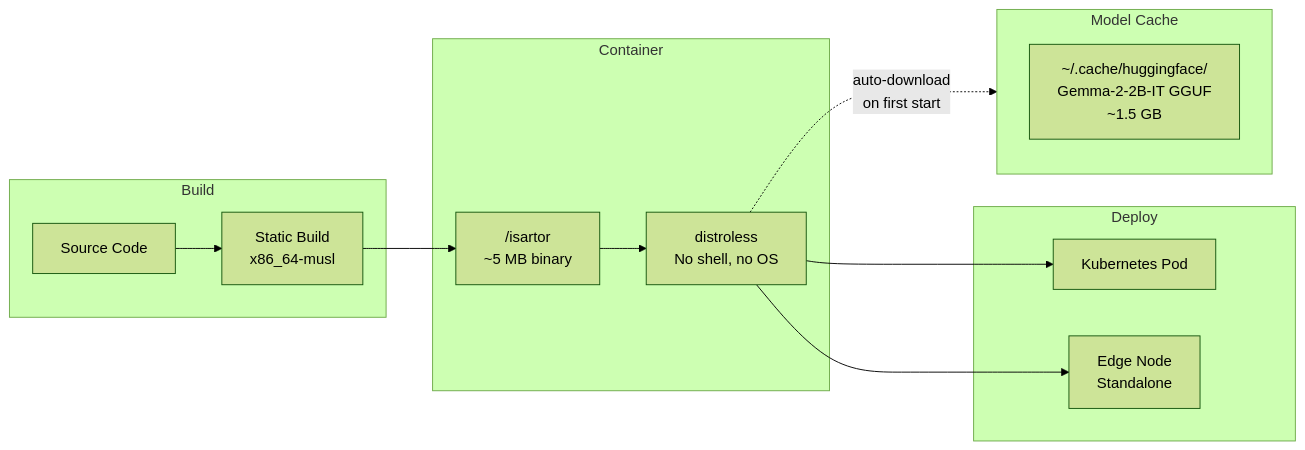
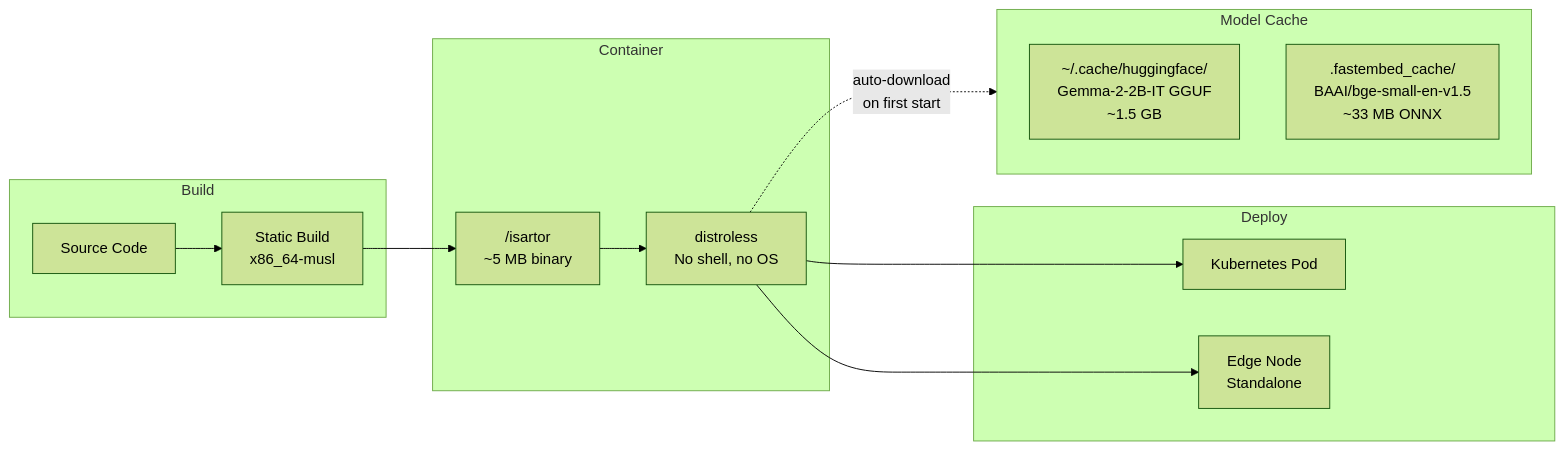
One commit to mattmillartech/Isartor changed the fourth of 4 diagrams in architecture.md. Above: the diagram before and after it, drawn with Mermaid (forest theme). The commit also changed other lines of this file and 29 other files, not shown here.

First line of the commit message:
feat: integrate in-process fastembed for Layer 1 semantic cache

````diff
--- a/architecture.md
+++ b/architecture.md
@@ -257,22 +267,23 @@
 ```mermaid
 flowchart LR
     subgraph Build
         SRC["Source Code"] --> MUSL["Static Build\nx86_64-musl"]
     end
 
     subgraph Container
         MUSL --> BIN["/isartor\n~5 MB binary"]
         BIN --> IMG["distroless\nNo shell, no OS"]
     end
 
     subgraph Deploy
         IMG --> K8S["Kubernetes Pod"]
         IMG --> EDGE["Edge Node\nStandalone"]
     end
 
     subgraph Models["Model Cache"]
         HF["~/.cache/huggingface/\nGemma-2-2B-IT GGUF\n~1.5 GB"]
+        FEC[".fastembed_cache/\nBAAI/bge-small-en-v1.5\n~33 MB ONNX"]
     end
 
     IMG -.->|"auto-download\non first start"| Models
 ```
````
